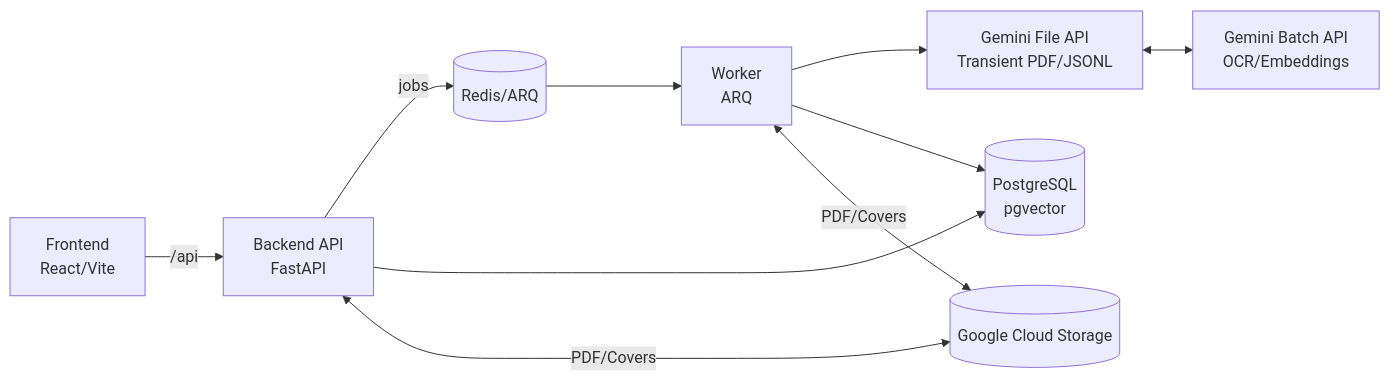
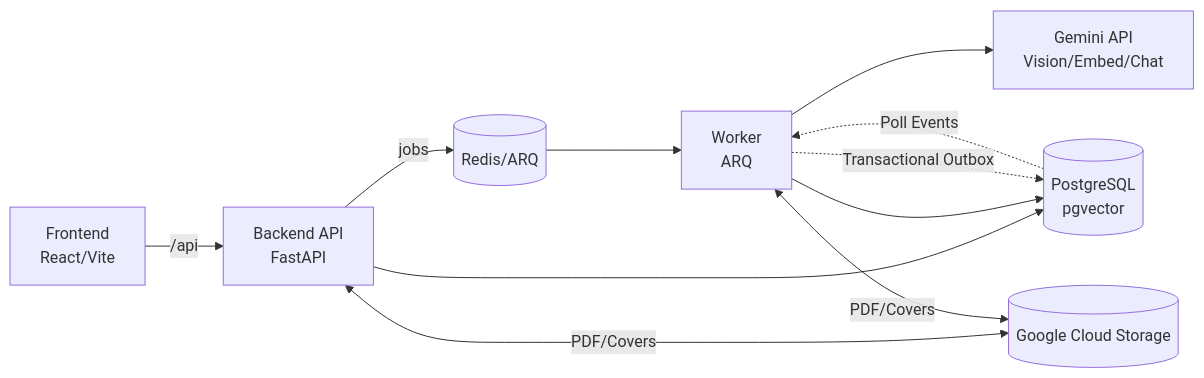
One commit to Kitabim-AI/kitabim-ai changed the diagram in docs/SYSTEM_DESIGN.md. Above: the diagram before and after it, drawn with Mermaid. The commit also changed other lines of this file and 58 other files, not shown here.

````diff
--- a/docs/SYSTEM_DESIGN.md
+++ b/docs/SYSTEM_DESIGN.md
@@ -46,12 +47,13 @@
 ```mermaid
 flowchart LR
   FE[Frontend<br/>React/Vite] -->|/api| BE[Backend API<br/>FastAPI]
   BE -->|jobs| RQ[(Redis/ARQ)]
   RQ --> WK[Worker<br/>ARQ]
-  WK --> GFA[Gemini File API<br/>Transient PDF/JSONL]
-  GFA <--> GBA[Gemini Batch API<br/>OCR/Embeddings]
+  WK --> GEM[Gemini API<br/>Vision/Embed/Chat]
   BE --> DB[(PostgreSQL<br/>pgvector)]
   WK --> DB
+  WK -.->|Transactional Outbox| DB
+  DB -.->|Poll Events| WK
   BE <-->|PDF/Covers| GCS[(Google Cloud Storage)]
   WK <-->|PDF/Covers| GCS
 ```
````
